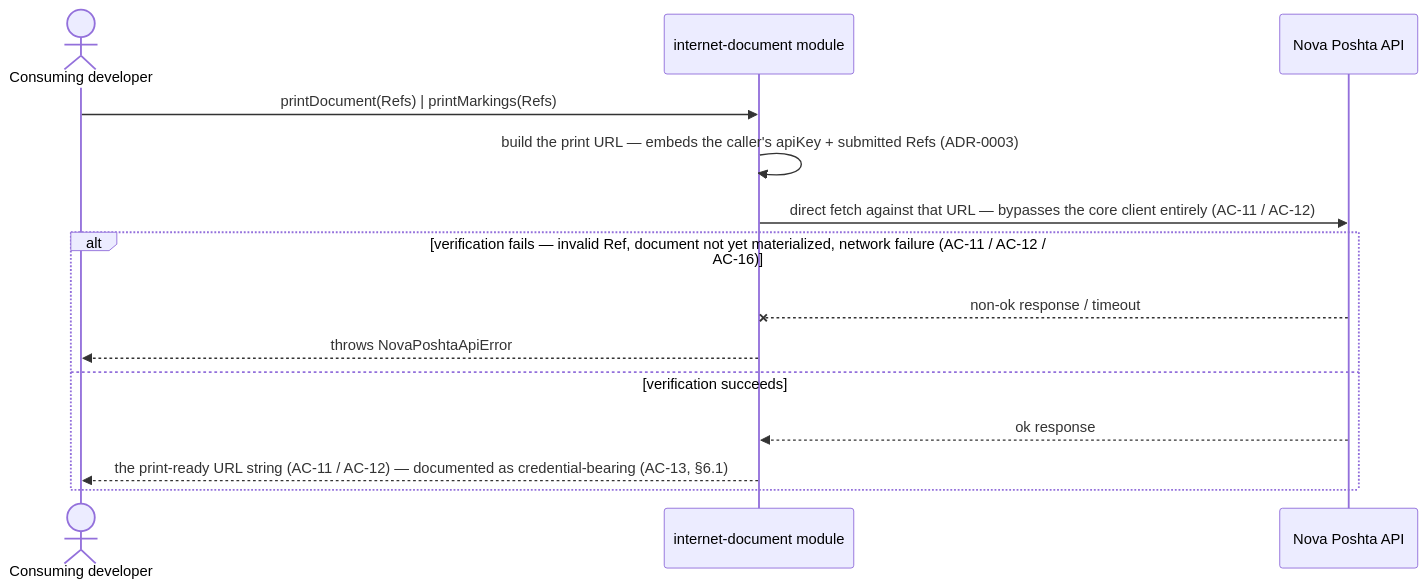
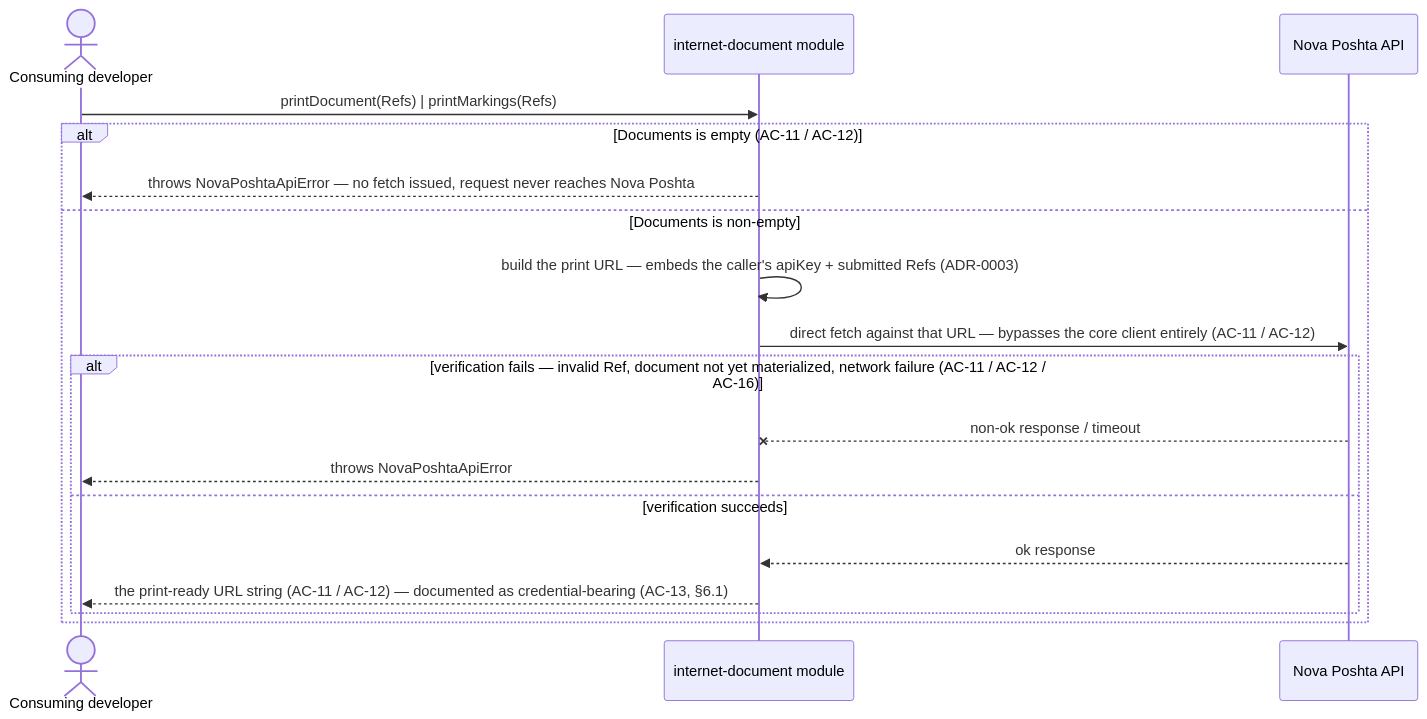
The fifth of 6 diagrams in docs/features/internet-document/sad.md (associate2coder/nova-poshta-lib), drawn with Mermaid before and after one commit. The commit also changed other lines of this file and 4 other files, not shown here.

First line of the commit message:
docs(internet-document): fix ADR-0001 status drift, missing print flow branch, confirm print-link assumptions against Nova Poshta's own docs (F3, F4)

````diff
--- a/docs/features/internet-document/sad.md
+++ b/docs/features/internet-document/sad.md
@@ -353,18 +353,23 @@
 ```mermaid
 sequenceDiagram
     actor Dev as Consuming developer
     participant IDoc as internet-document module
     participant NP as Nova Poshta API
 
     Dev->>IDoc: printDocument(Refs) | printMarkings(Refs)
-    IDoc->>IDoc: build the print URL — embeds the caller's apiKey + submitted Refs (ADR-0003)
-    IDoc->>NP: direct fetch against that URL — bypasses the core client entirely (AC-11 / AC-12)
 
-    alt verification fails — invalid Ref, document not yet materialized, network failure (AC-11 / AC-12 / AC-16)
-        NP--xIDoc: non-ok response / timeout
-        IDoc-->>Dev: throws NovaPoshtaApiError
-    else verification succeeds
-        NP-->>IDoc: ok response
-        IDoc-->>Dev: the print-ready URL string (AC-11 / AC-12) — documented as credential-bearing (AC-13, §6.1)
+    alt Documents is empty (AC-11 / AC-12)
+        IDoc-->>Dev: throws NovaPoshtaApiError — no fetch issued, request never reaches Nova Poshta
+    else Documents is non-empty
+        IDoc->>IDoc: build the print URL — embeds the caller's apiKey + submitted Refs (ADR-0003)
+        IDoc->>NP: direct fetch against that URL — bypasses the core client entirely (AC-11 / AC-12)
+
+        alt verification fails — invalid Ref, document not yet materialized, network failure (AC-11 / AC-12 / AC-16)
+            NP--xIDoc: non-ok response / timeout
+            IDoc-->>Dev: throws NovaPoshtaApiError
+        else verification succeeds
+            NP-->>IDoc: ok response
+            IDoc-->>Dev: the print-ready URL string (AC-11 / AC-12) — documented as credential-bearing (AC-13, §6.1)
+        end
     end
 ```
````
